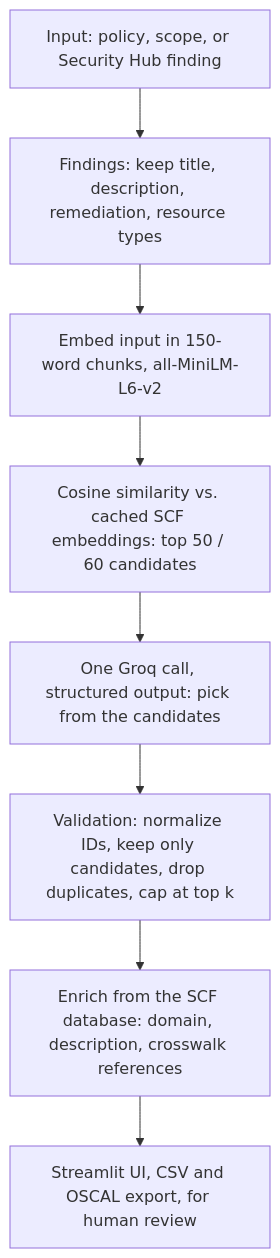
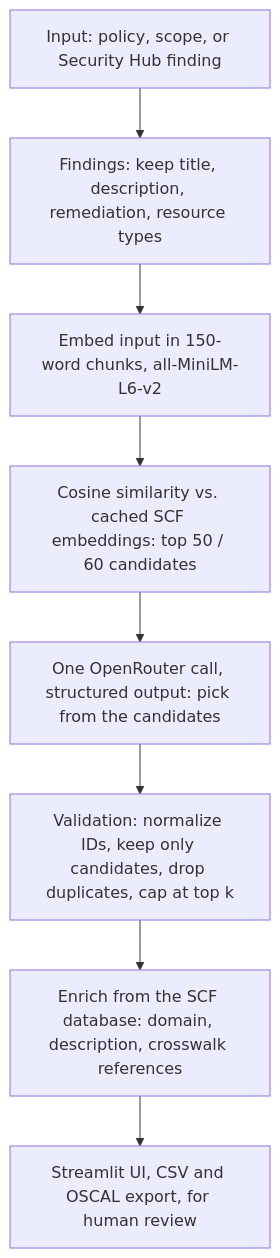
The diagram in README.md (tvobrachini/scf-auto-crosswalker), drawn with Mermaid before and after one commit. The commit also changed other lines of this file and 28 other files, not shown here.

Commit message:
chore: migrate from Groq to OpenRouter and update defaults

````diff
--- a/README.md
+++ b/README.md
@@ -139,10 +139,10 @@
 ```mermaid
 graph TD
     A[Input: policy, scope, or Security Hub finding] --> B[Findings: keep title, description, remediation, resource types]
     B --> C[Embed input in 150-word chunks, all-MiniLM-L6-v2]
     C --> D[Cosine similarity vs. cached SCF embeddings: top 50 / 60 candidates]
-    D --> E[One Groq call, structured output: pick from the candidates]
+    D --> E[One OpenRouter call, structured output: pick from the candidates]
     E --> F[Validation: normalize IDs, keep only candidates, drop duplicates, cap at top k]
     F --> G[Enrich from the SCF database: domain, description, crosswalk references]
     G --> H[Streamlit UI, CSV and OSCAL export, for human review]
 ```
````
